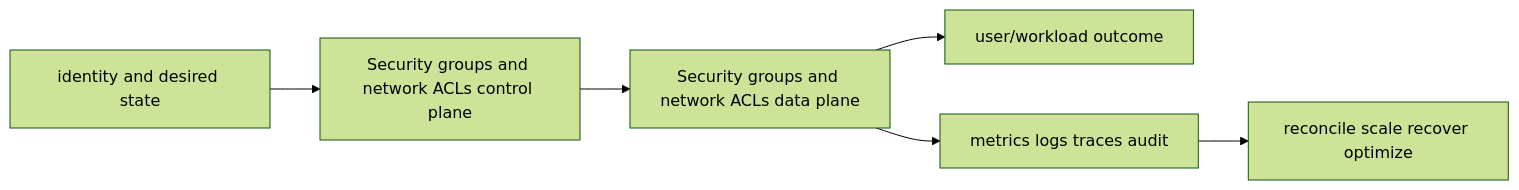
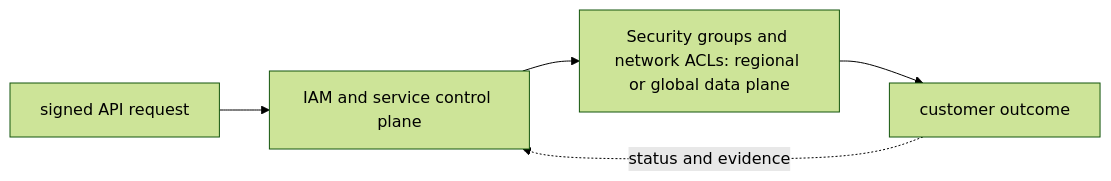
The diagram in 07-aws/02-networking/02-security-groups-nacls/README.md (tomkidumbuyo/DevOps-interview-preparation), drawn with Mermaid (forest theme) before and after one commit. The commit also changed other lines of this file and 753 other files, not shown here.

````diff
--- a/07-aws/02-networking/02-security-groups-nacls/README.md
+++ b/07-aws/02-networking/02-security-groups-nacls/README.md
@@ -19,8 +31,7 @@
 ```mermaid
 flowchart LR
-  I[identity and desired state] --> C[Security groups and network ACLs control plane]
-  C --> D[Security groups and network ACLs data plane]
-  D --> U[user/workload outcome]
-  D --> O[metrics logs traces audit]
-  O --> R[reconcile scale recover optimize]
+  A["signed API request"] --> B["IAM and service control plane"]
+  B --> C["Security groups and network ACLs: regional or global data plane"]
+  C --> D["customer outcome"]
+  D -. "status and evidence" .-> B
 ```
````
